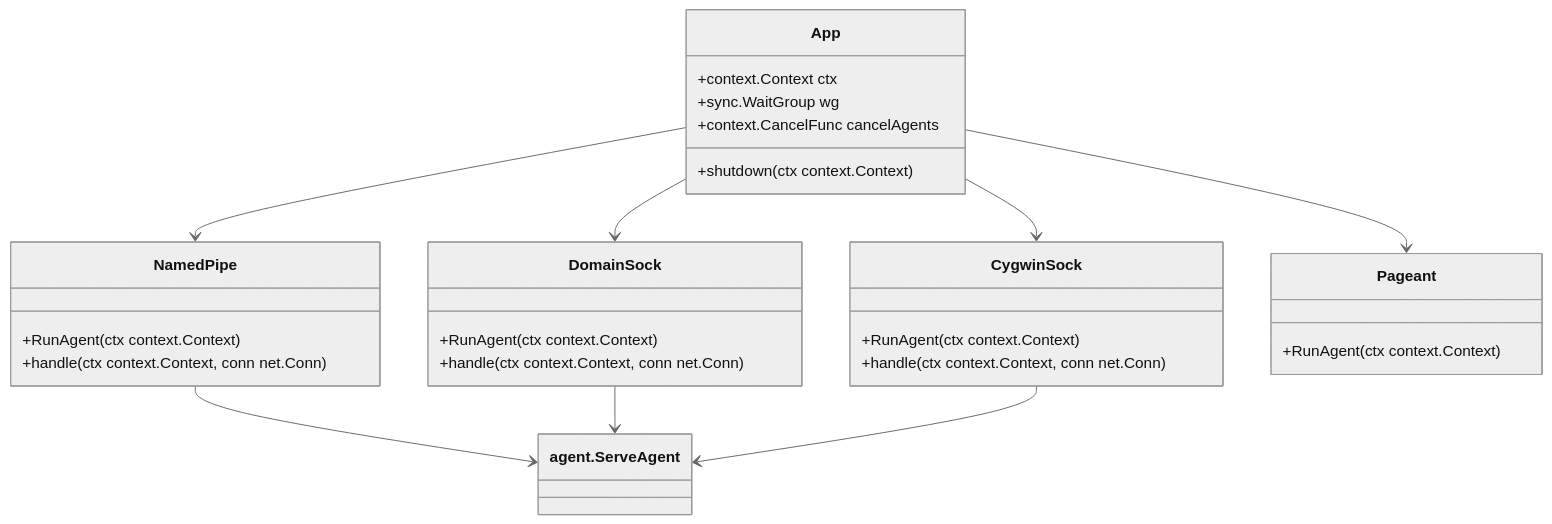
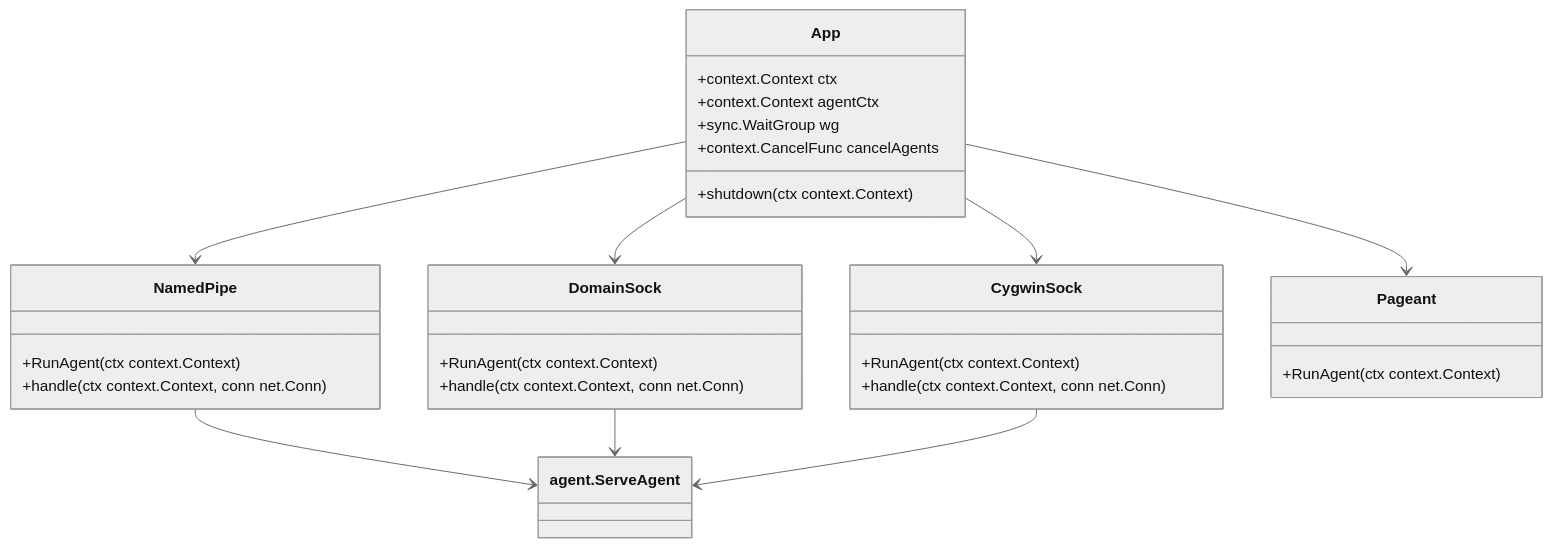
The first of 2 diagrams in docs/plans/260124-s01-agent-shutdown-cancel.md (masahide/OmniSSHAgent), drawn with Mermaid (neutral theme) before and after one commit. The commit also changed other lines of this file and 11 other files, not shown here.

````diff
--- a/docs/plans/260124-s01-agent-shutdown-cancel.md
+++ b/docs/plans/260124-s01-agent-shutdown-cancel.md
@@ -67,31 +67,32 @@
 ```mermaid
 classDiagram
     class App {
         +context.Context ctx
+        +context.Context agentCtx
         +sync.WaitGroup wg
         +context.CancelFunc cancelAgents
         +shutdown(ctx context.Context)
     }
     class NamedPipe {
         +RunAgent(ctx context.Context)
         +handle(ctx context.Context, conn net.Conn)
     }
     class DomainSock {
         +RunAgent(ctx context.Context)
         +handle(ctx context.Context, conn net.Conn)
     }
     class CygwinSock {
         +RunAgent(ctx context.Context)
         +handle(ctx context.Context, conn net.Conn)
     }
     class Pageant {
         +RunAgent(ctx context.Context)
     }
     App --> NamedPipe
     App --> DomainSock
     App --> CygwinSock
     App --> Pageant
     NamedPipe --> agent.ServeAgent
     DomainSock --> agent.ServeAgent
     CygwinSock --> agent.ServeAgent
 ```
````
